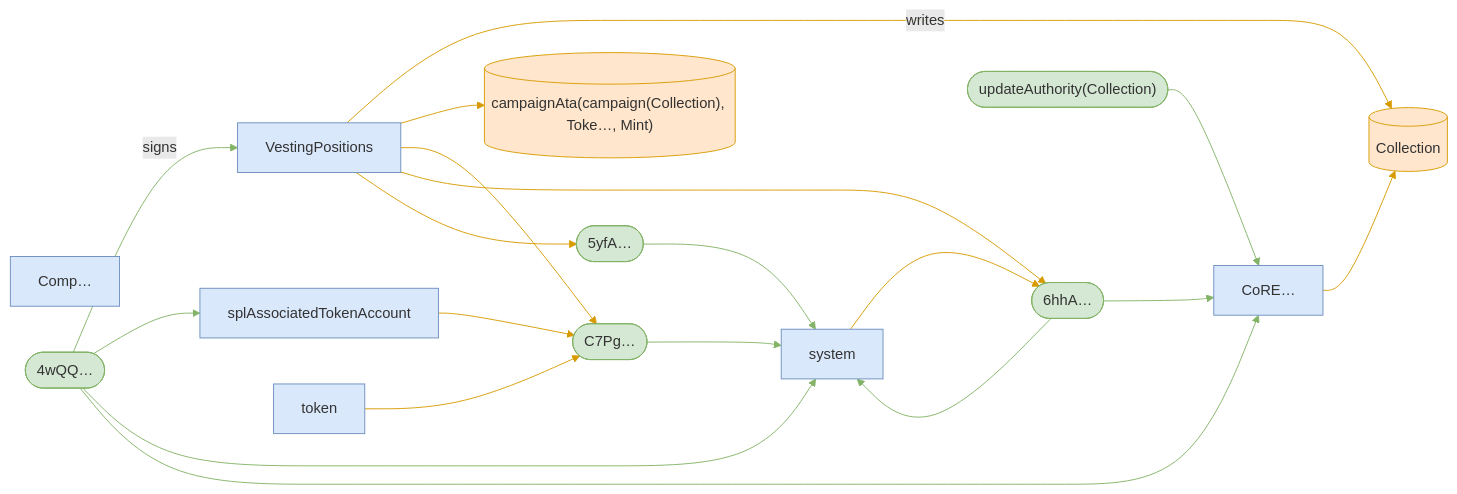
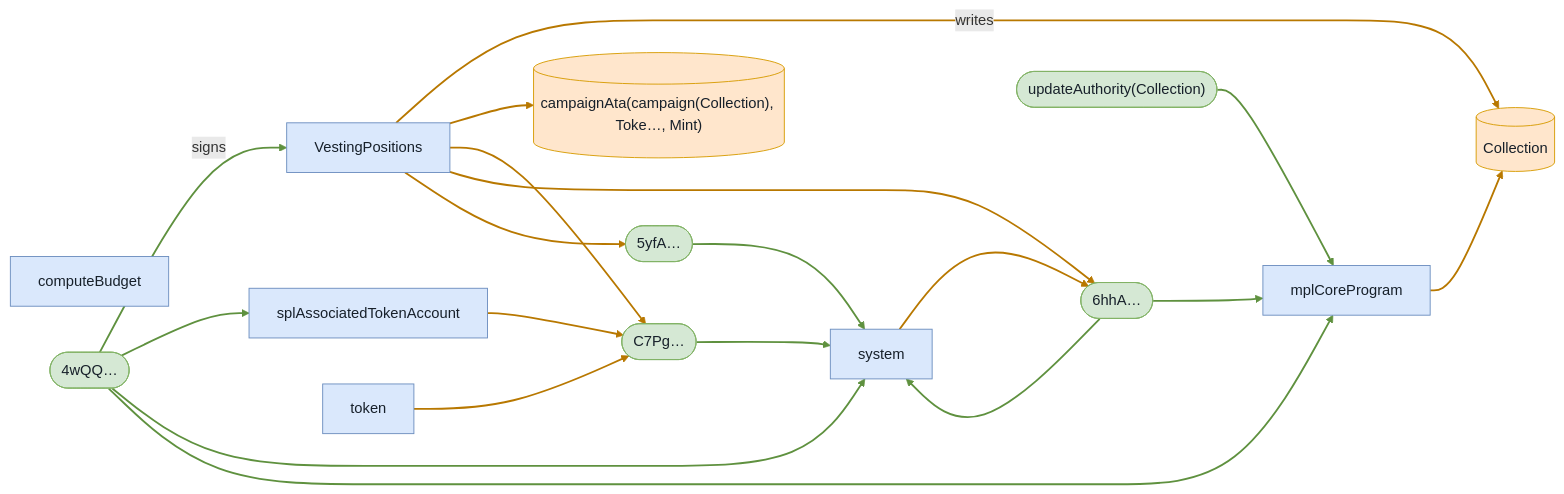
One commit to cds-turbin3/vesting-position changed the fifth of 6 diagrams in babelfish-tests/test-report/before_cliff_transfers_zero.md. Above: the diagram before and after it, drawn with Mermaid. The commit also changed other lines of this file and 106 other files, not shown here.

````diff
--- a/babelfish-tests/test-report/before_cliff_transfers_zero.md
+++ b/babelfish-tests/test-report/before_cliff_transfers_zero.md
@@ -276,39 +274,39 @@
 ```mermaid
 flowchart LR
-    Comp["Comp…"]:::program
+    computeBudget["computeBudget"]:::program
     VestingPositions["VestingPositions"]:::program
     n4wQQ(["4wQQ…"]):::signer
     Collection[("Collection")]:::state
     campaignAtacampaignCollectionTokeMint[("campaignAta(campaign(Collection), Toke…, Mint)")]:::state
     C7Pg(["C7Pg…"]):::signer
     n6hhA(["6hhA…"]):::signer
     n5yfA(["5yfA…"]):::signer
     splAssociatedTokenAccount["splAssociatedTokenAccount"]:::program
     token["token"]:::program
     system["system"]:::program
-    CoRE["CoRE…"]:::program
+    mplCoreProgram["mplCoreProgram"]:::program
     updateAuthorityCollection(["updateAuthority(Collection)"]):::signer
     n4wQQ -->|signs| VestingPositions
     VestingPositions -->|writes| Collection
     VestingPositions --> campaignAtacampaignCollectionTokeMint
     VestingPositions --> C7Pg
     VestingPositions --> n6hhA
     VestingPositions --> n5yfA
     n4wQQ --> splAssociatedTokenAccount
     splAssociatedTokenAccount --> C7Pg
     n4wQQ --> system
     C7Pg --> system
     token --> C7Pg
     n5yfA --> system
-    n6hhA --> CoRE
-    CoRE --> Collection
-    updateAuthorityCollection --> CoRE
-    n4wQQ --> CoRE
+    n6hhA --> mplCoreProgram
+    mplCoreProgram --> Collection
+    updateAuthorityCollection --> mplCoreProgram
+    n4wQQ --> mplCoreProgram
     n6hhA --> system
     system --> n6hhA
-    classDef program fill:#dae8fc,stroke:#6c8ebf;
-    classDef signer fill:#d5e8d4,stroke:#82b366;
-    classDef state fill:#ffe6cc,stroke:#d79b00;
-    linkStyle 0,6,8,9,11,12,14,15,16 stroke:#82b366
-    linkStyle 1,2,3,4,5,7,10,13,17 stroke:#d79b00
+    classDef program fill:#dae8fc,stroke:#6c8ebf,color:#17202a;
+    classDef signer fill:#d5e8d4,stroke:#82b366,color:#17202a;
+    classDef state fill:#ffe6cc,stroke:#d79b00,color:#17202a;
+    linkStyle 0,6,8,9,11,12,14,15,16 stroke:#5f913f,stroke-width:2px
+    linkStyle 1,2,3,4,5,7,10,13,17 stroke:#b87800,stroke-width:2px
 ```
````
